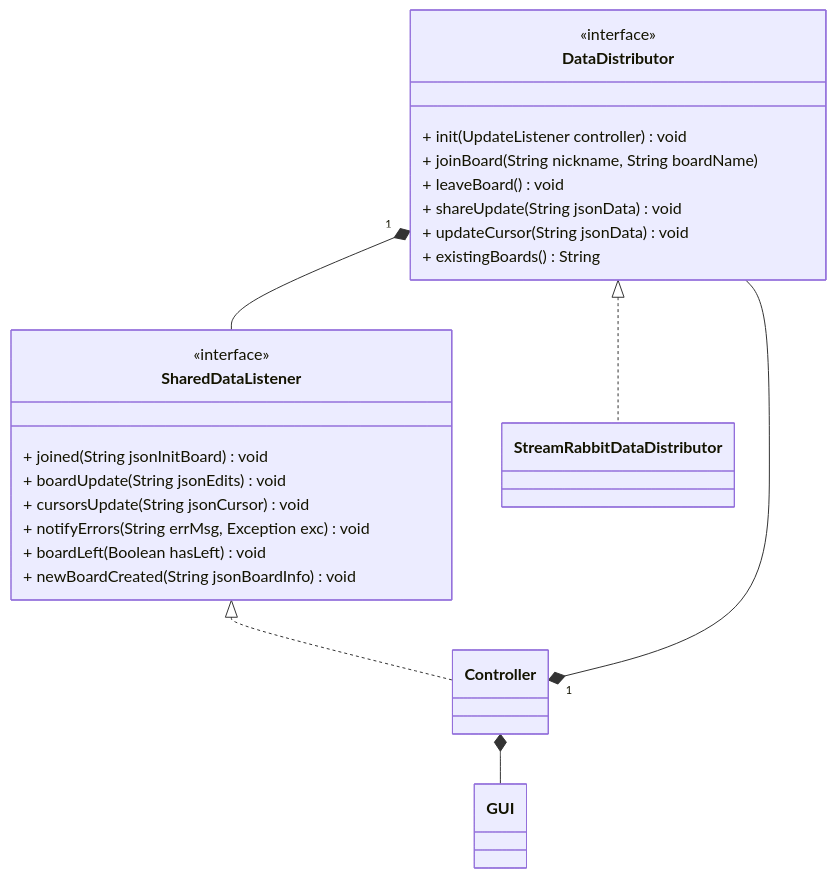
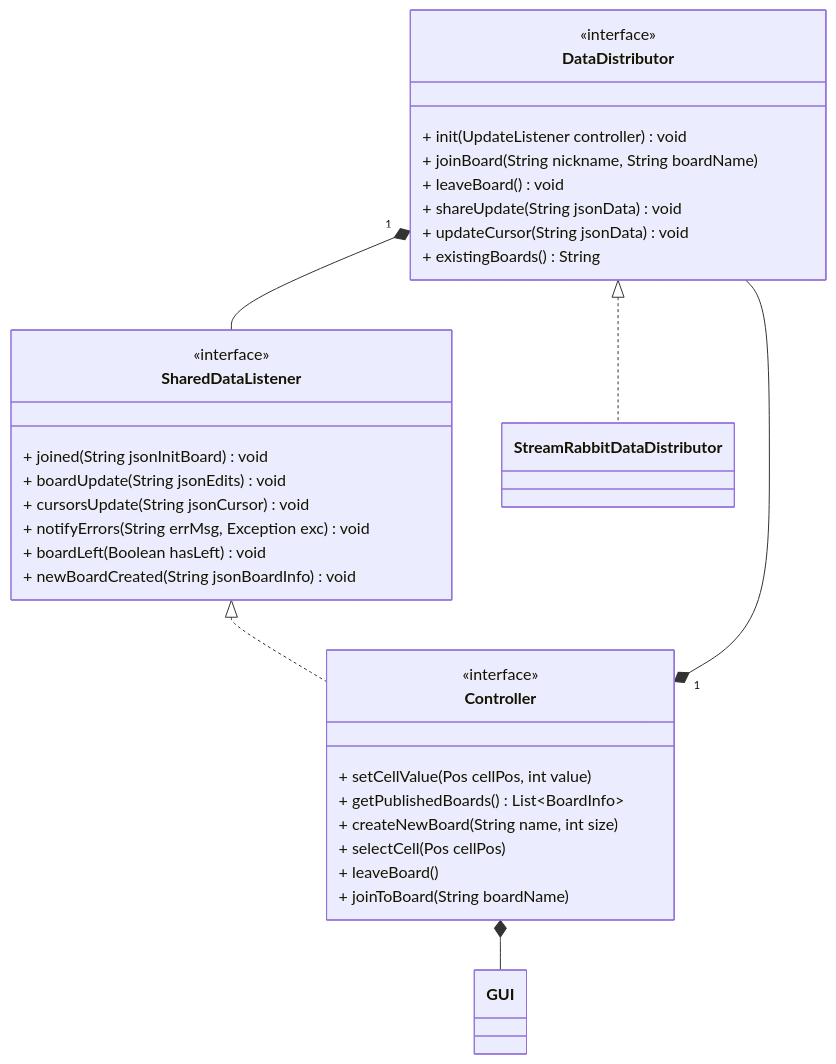
One commit to TeoV00/coop-sudoku-pcd changed the first of 2 diagrams in README.md. Above: the diagram before and after it, drawn with Mermaid.

Commit message:
doc:added uml Controller class

````diff
--- a/README.md
+++ b/README.md
@@ -5,32 +5,42 @@
 ``` mermaid
 
 classDiagram
 
 DataDistributor "1" *-- SharedDataListener
 DataDistributor <|.. StreamRabbitDataDistributor
 SharedDataListener <|.. Controller
 Controller "1" *-- DataDistributor
 Controller *-- GUI
 
 class DataDistributor {
   <<interface>>
   + init(UpdateListener controller) void
   + joinBoard(String nickname, String boardName)
   + leaveBoard() void
   + shareUpdate(String jsonData) void
   + updateCursor(String jsonData) void
   + existingBoards() String
 }
 
 class SharedDataListener {
   <<interface>>
 
   + joined(String jsonInitBoard) void
   + boardUpdate(String jsonEdits) void 
   + cursorsUpdate(String jsonCursor) void
   + notifyErrors(String errMsg, Exception exc) void
   + boardLeft(Boolean hasLeft) void
   + newBoardCreated(String jsonBoardInfo) void
 }
 
+class Controller {
+  <<interface>>
+  + setCellValue(Pos cellPos, int value)
+  + getPublishedBoards() List~BoardInfo~
+  + createNewBoard(String name, int size)
+  + selectCell(Pos cellPos)
+  + leaveBoard()
+  + joinToBoard(String boardName)
+}
+
 ```
````
